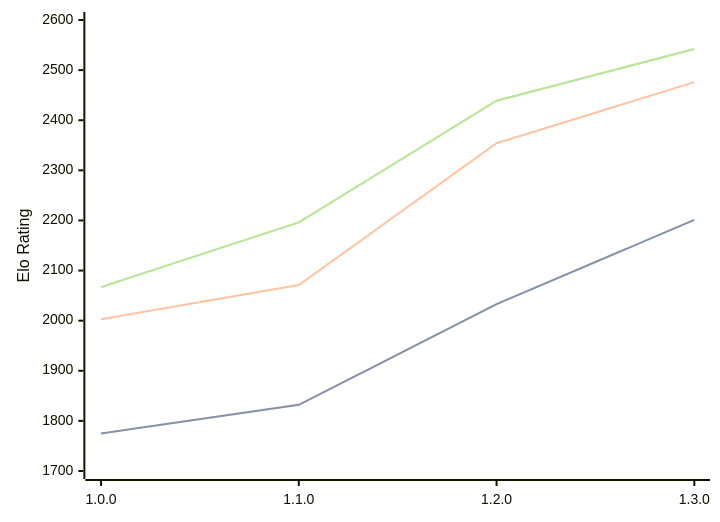
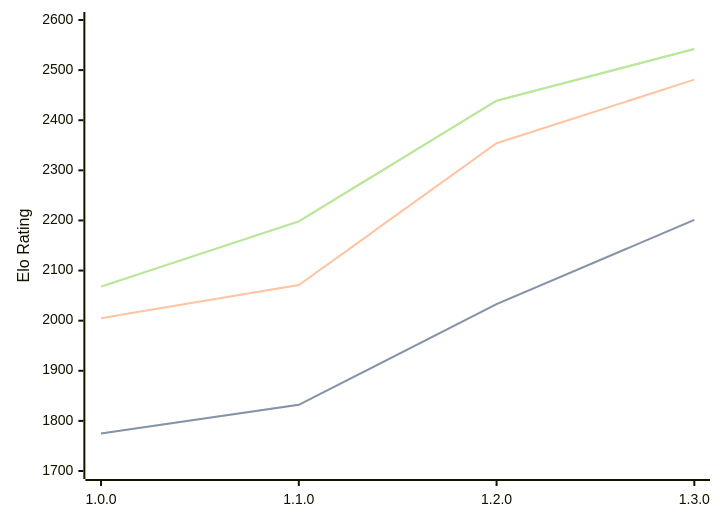
One commit to computer-chess-index/cci changed the diagram in engines/Anodos.md. Above: the diagram before and after it, drawn with Mermaid. The commit also changed other lines of this file, not shown here.

Commit message:
Update CCI Ratings (ELO VLTC) - 2026-05-04

````diff
--- a/engines/Anodos.md
+++ b/engines/Anodos.md
@@ -45,11 +45,11 @@
 ```mermaid
 %%{init: {"theme":"base","themeVariables":{"seriesColors:['#a3a3a3','#222221','#faa371']}}}%%
 xychart-beta
   x-axis ["1.0.0", "1.1.0", "1.2.0", "1.3.0"]
   y-axis "Elo Rating" 1700 --> 2600
   line "STC (8.0+0.08s)" [1775, 1832, 2033, 2201]
   line "STC (8.0+0.08s)" [1775, 1832, 2033, 2201]
-  line "LTC (60.0+0.60s)" [2003, 2071, 2354, 2476]
-  line "VLTC (2m24s+1.12s)" [2067, 2196, 2439, 2542]
-  line "VLTC (2m24s+1.12s)" [2067, 2196, 2439, 2542]
+  line "LTC (60.0+0.60s)" [2005, 2071, 2354, 2481]
+  line "VLTC (2m24s+1.12s)" [2068, 2198, 2439, 2542]
+  line "VLTC (2m24s+1.12s)" [2068, 2198, 2439, 2542]
 ```
````
